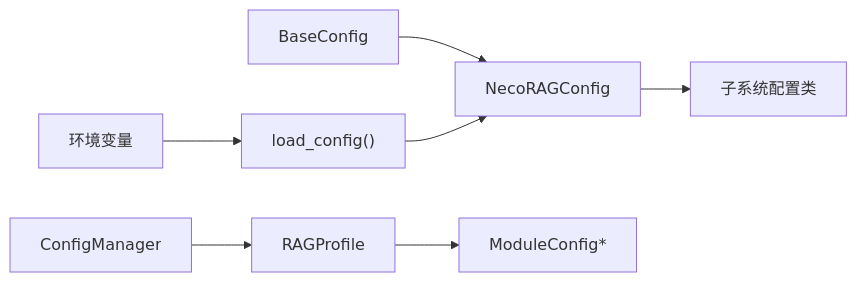
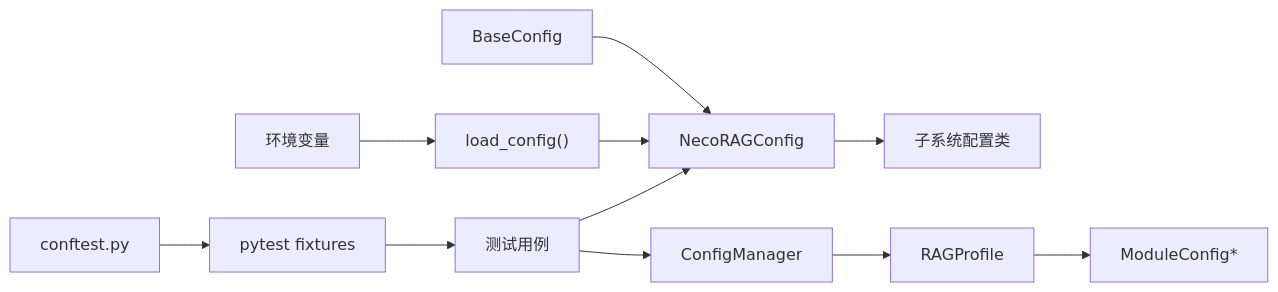
Before and after one commit to JieGaoPrinceton/NecoRAG: the tenth of 10 diagrams in .qoder/repowiki/zh/content/配置管理/配置管理.md, drawn with Mermaid. The commit also changed other lines of this file and 12 other files, not shown here.

````diff
--- a/.qoder/repowiki/zh/content/配置管理/配置管理.md
+++ b/.qoder/repowiki/zh/content/配置管理/配置管理.md
@@ -295,9 +412,13 @@
 ```mermaid
 graph LR
 Base["BaseConfig"] --> Global["NecoRAGConfig"]
 Global --> Subs["子系统配置类"]
 Env["环境变量"] --> Loader["load_config()"]
 Loader --> Global
 CM["ConfigManager"] --> Profile["RAGProfile"]
 Profile --> Modules["ModuleConfig*"]
+CF["conftest.py"] --> Fixtures["pytest fixtures"]
+Fixtures --> Tests["测试用例"]
+Tests --> Global
+Tests --> CM
 ```
````
